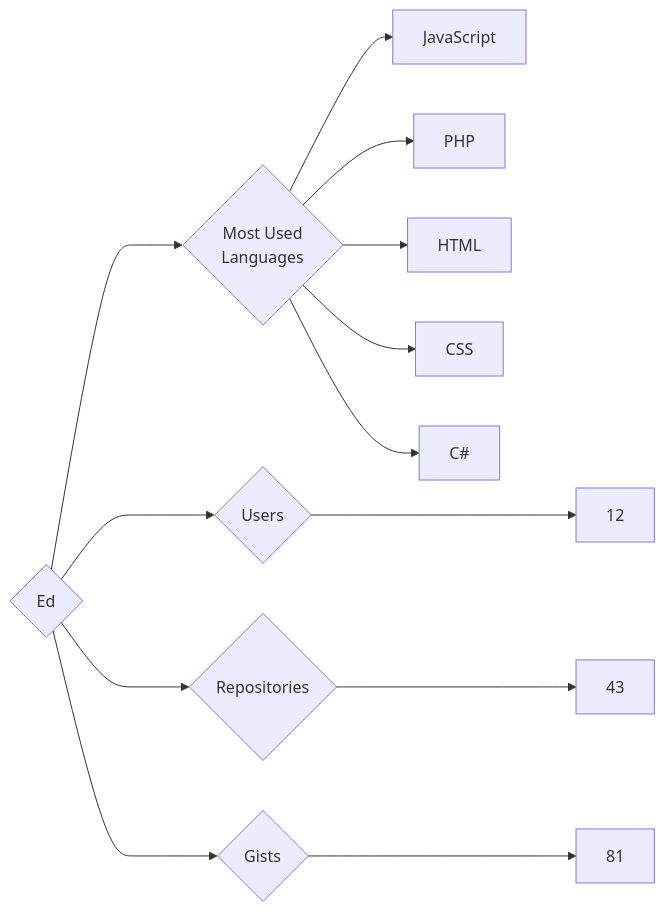
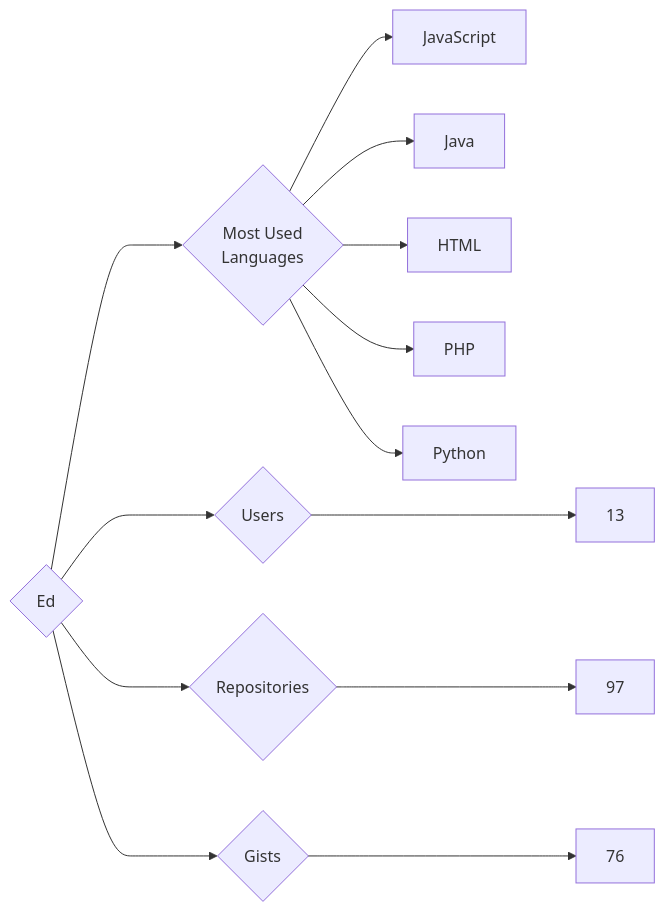
Before and after one commit to trickest/insiders: the diagram in targets/Ed/README.md, drawn with Mermaid. The commit also changed 640 other files, not shown here.

````diff
--- a/targets/Ed/README.md
+++ b/targets/Ed/README.md
@@ -3,13 +3,13 @@
 ```mermaid
 graph LR
 COMPANY_NAME{Ed}
-COMPANY_NAME ---> U{Users} ---> UN[12]
-COMPANY_NAME ---> R{Repositories} ---> RN[43]
-COMPANY_NAME ---> G{Gists} ---> GN[81]
+COMPANY_NAME ---> U{Users} ---> UN[13]
+COMPANY_NAME ---> R{Repositories} ---> RN[97]
+COMPANY_NAME ---> G{Gists} ---> GN[76]
 COMPANY_NAME ---> ML{Most Used<br>Languages}
 ML --> JavaScript[JavaScript]
+ML --> Java[Java]
+ML --> HTML[HTML]
 ML --> PHP[PHP]
-ML --> HTML[HTML]
-ML --> CSS[CSS]
-ML --> C#[C#]
+ML --> Python[Python]
 ```
````
